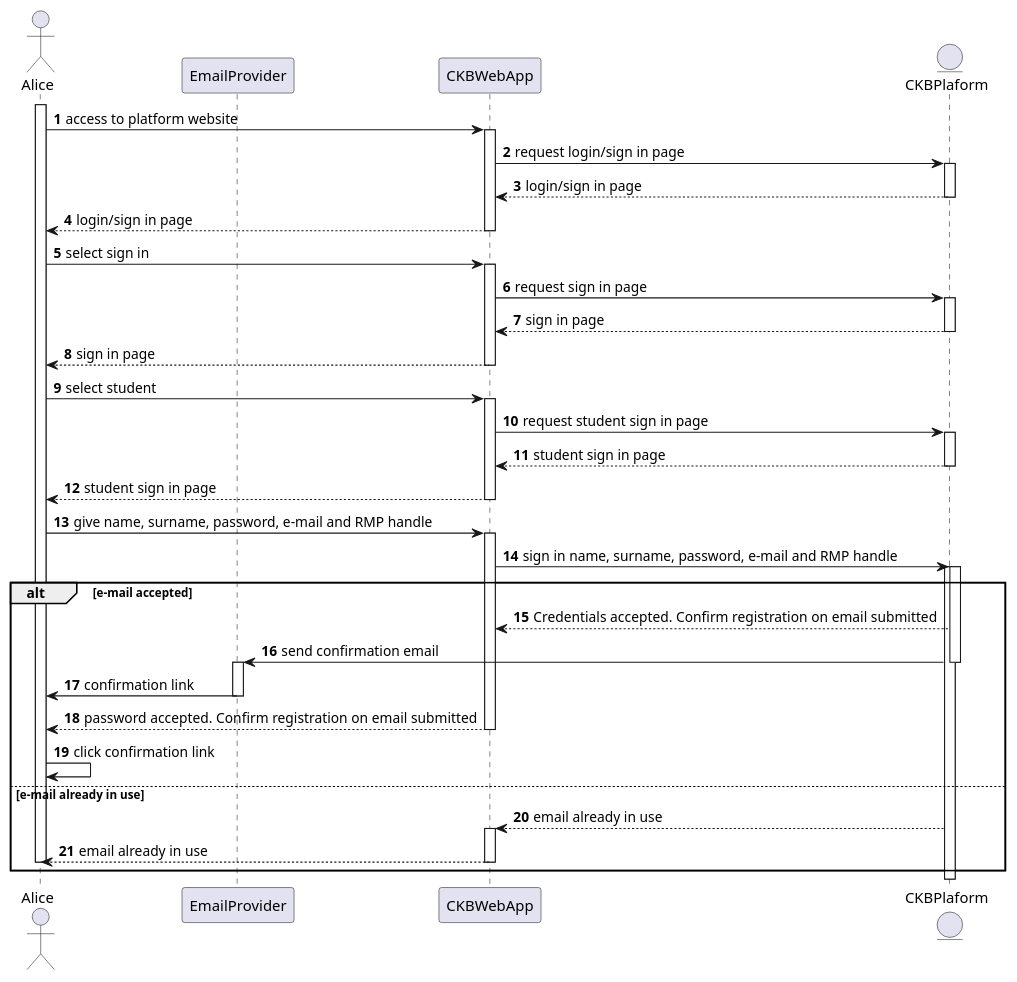
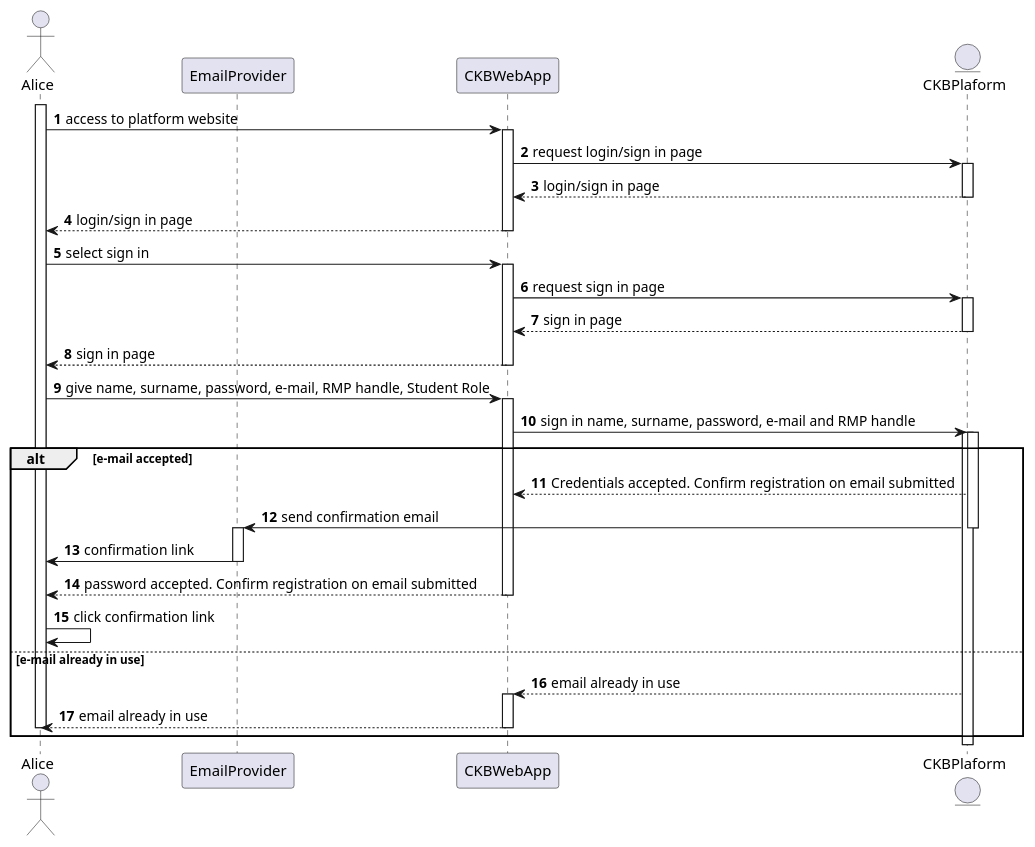
One commit to Angelo7672/SE2_Requirement-and-Design-Document changed the diagram in _RASD/Images/UML/sequenceDiagram/sequenceDiagramUC1a.wsd. Above: the diagram before and after it, drawn with PlantUML. The commit also changed 2 other files, not shown here.

```diff
--- a/_RASD/Images/UML/sequenceDiagram/sequenceDiagramUC1a.wsd
+++ b/_RASD/Images/UML/sequenceDiagram/sequenceDiagramUC1a.wsd
@@ -1,59 +1,51 @@
 @startuml
 
 autonumber
 
 actor Alice
 participant EmailProvider as Email
 participant CKBWebApp as App
 entity CKBPlaform as Platform
 
 activate Alice
 Alice -> App: access to platform website
 activate App
 App -> Platform: request login/sign in page
 activate Platform
 Platform --> App: login/sign in page
 deactivate Platform
 App --> Alice: login/sign in page
 deactivate App
 Alice -> App: select sign in
 activate App
 App -> Platform: request sign in page
 activate Platform
 Platform --> App: sign in page
 deactivate Platform
 App --> Alice: sign in page
 deactivate App
-Alice -> App: select student
-activate App
-App -> Platform: request student sign in page
-activate Platform
-Platform --> App: student sign in page
-deactivate Platform
-App --> Alice: student sign in page
-deactivate App
-Alice -> App: give name, surname, password, e-mail and RMP handle
+Alice -> App: give name, surname, password, e-mail, RMP handle, Student Role
 activate App
 App -> Platform: sign in name, surname, password, e-mail and RMP handle
 activate Platform
 
 alt e-mail accepted
     activate Platform
     Platform --> App: Credentials accepted. Confirm registration on email submitted
     Platform -> Email: send confirmation email
     deactivate Platform
     activate Email
     Email -> Alice: confirmation link
     deactivate Email
     App --> Alice: password accepted. Confirm registration on email submitted
     deactivate App
     Alice -> Alice: click confirmation link
 else e-mail already in use
     Platform --> App: email already in use
     activate App
     App --> Alice: email already in use
     deactivate App
     deactivate Alice
 end
 
 @enduml
```
